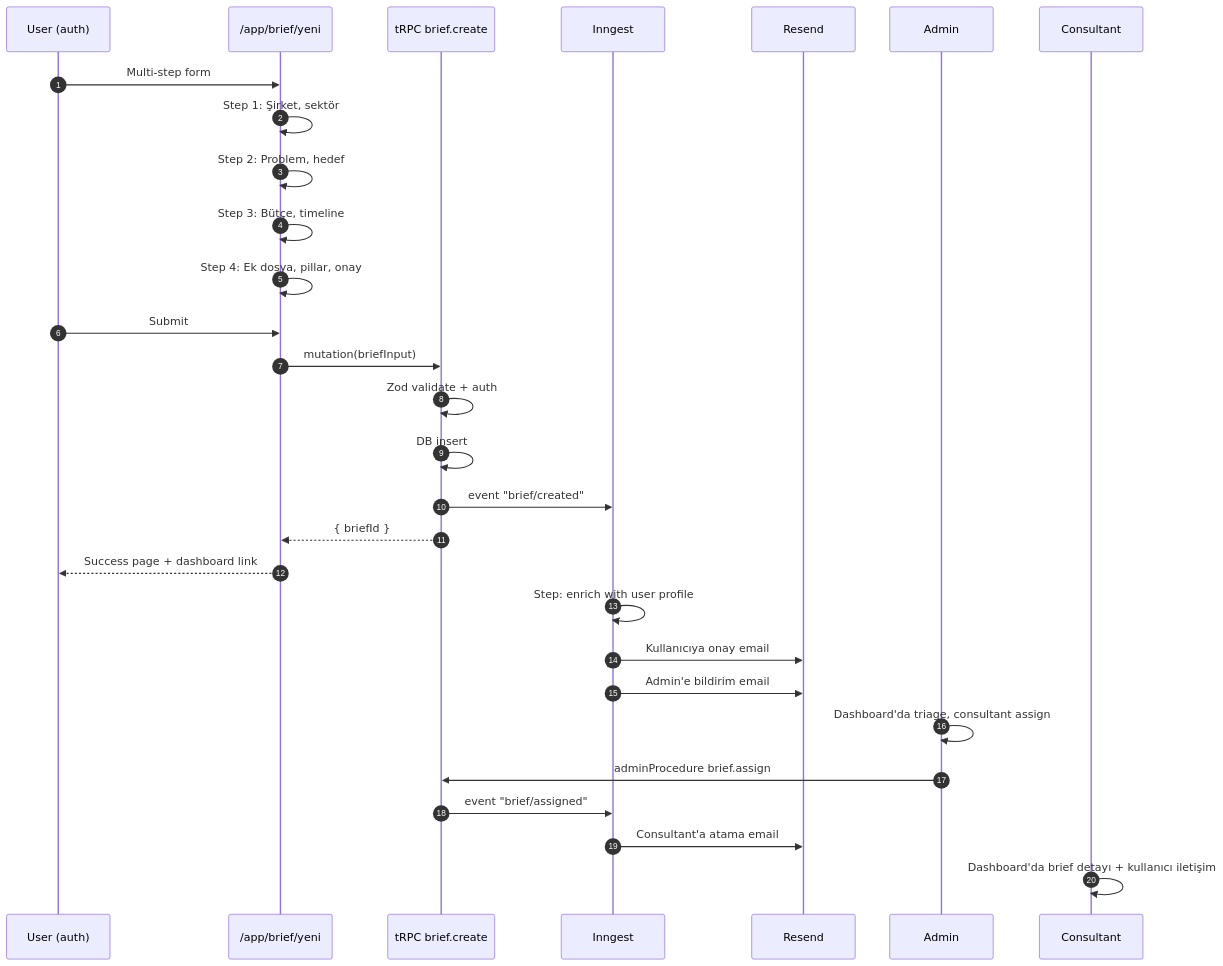
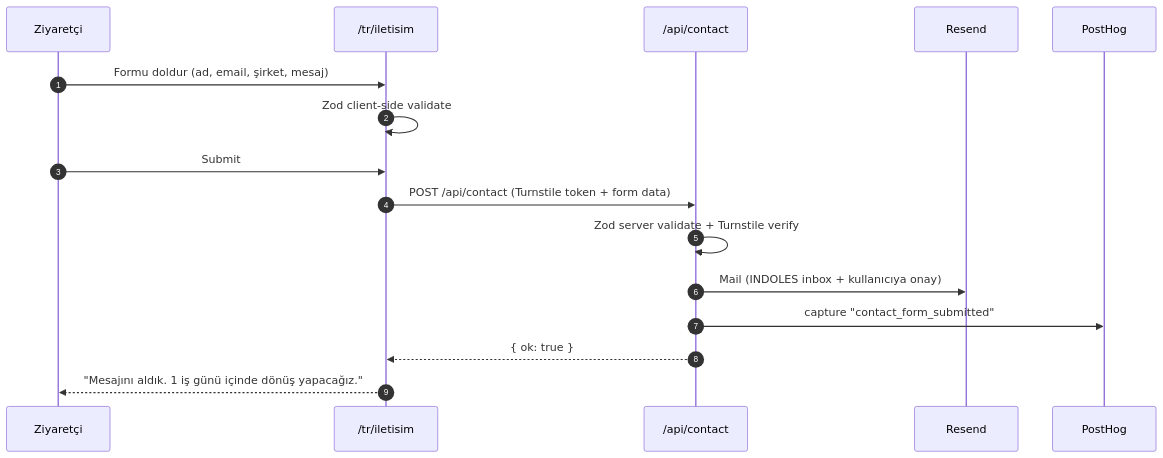
One commit to burakardaozgul/indoles_new changed the fifth of 5 diagrams in docs/11-funnel-customer-flows.md. Above: the diagram before and after it, drawn with Mermaid. The commit also changed other lines of this file, not shown here.

Commit message:
docs(funnel): remove auth-required booking + AI entry points

````diff
--- a/docs/11-funnel-customer-flows.md
+++ b/docs/11-funnel-customer-flows.md
@@ -237,32 +211,19 @@
 ```mermaid
 sequenceDiagram
   autonumber
-  participant U as User (auth)
-  participant F as /app/brief/yeni
-  participant T as tRPC brief.create
-  participant I as Inngest
+  participant U as Ziyaretçi
+  participant F as /tr/iletisim
+  participant A as /api/contact
   participant R as Resend
-  participant A as Admin
-  participant C as Consultant
+  participant PH as PostHog
 
-  U->>F: Multi-step form
-  F->>F: Step 1: Şirket, sektör
-  F->>F: Step 2: Problem, hedef
-  F->>F: Step 3: Bütçe, timeline
-  F->>F: Step 4: Ek dosya, pillar, onay
+  U->>F: Formu doldur (ad, email, şirket, mesaj)
+  F->>F: Zod client-side validate
   U->>F: Submit
-  F->>T: mutation(briefInput)
-  T->>T: Zod validate + auth
-  T->>T: DB insert
-  T->>I: event "brief/created"
-  T-->>F: { briefId }
-  F-->>U: Success page + dashboard link
-  I->>I: Step: enrich with user profile
-  I->>R: Kullanıcıya onay email
-  I->>R: Admin'e bildirim email
-  A->>A: Dashboard'da triage, consultant assign
-  A->>T: adminProcedure brief.assign
-  T->>I: event "brief/assigned"
-  I->>R: Consultant'a atama email
-  C->>C: Dashboard'da brief detayı + kullanıcı iletişim
+  F->>A: POST /api/contact (Turnstile token + form data)
+  A->>A: Zod server validate + Turnstile verify
+  A->>R: Mail (INDOLES inbox + kullanıcıya onay)
+  A->>PH: capture "contact_form_submitted"
+  A-->>F: { ok: true }
+  F-->>U: "Mesajını aldık. 1 iş günü içinde dönüş yapacağız."
 ```
````
